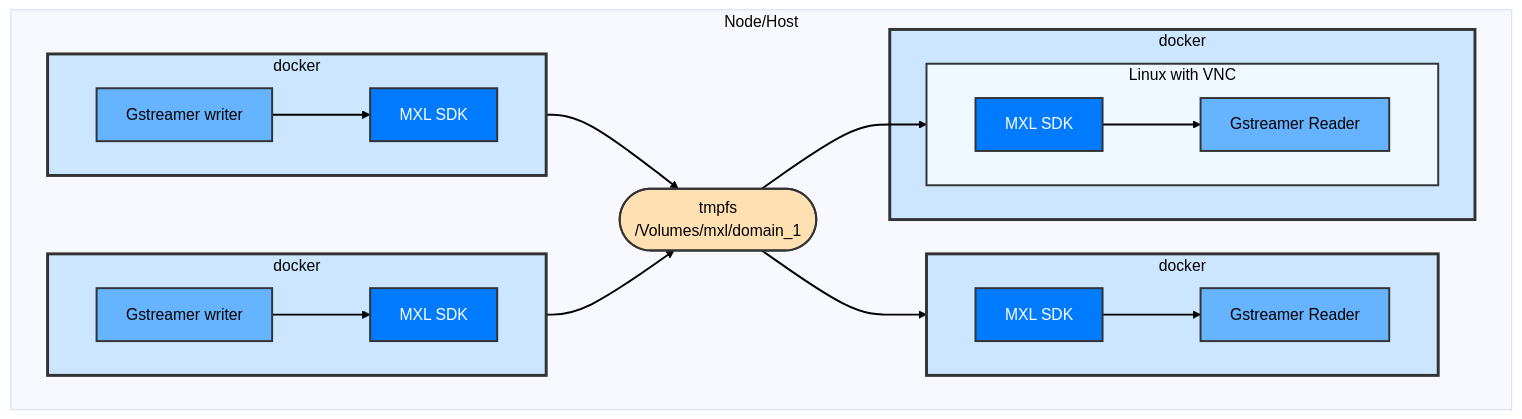
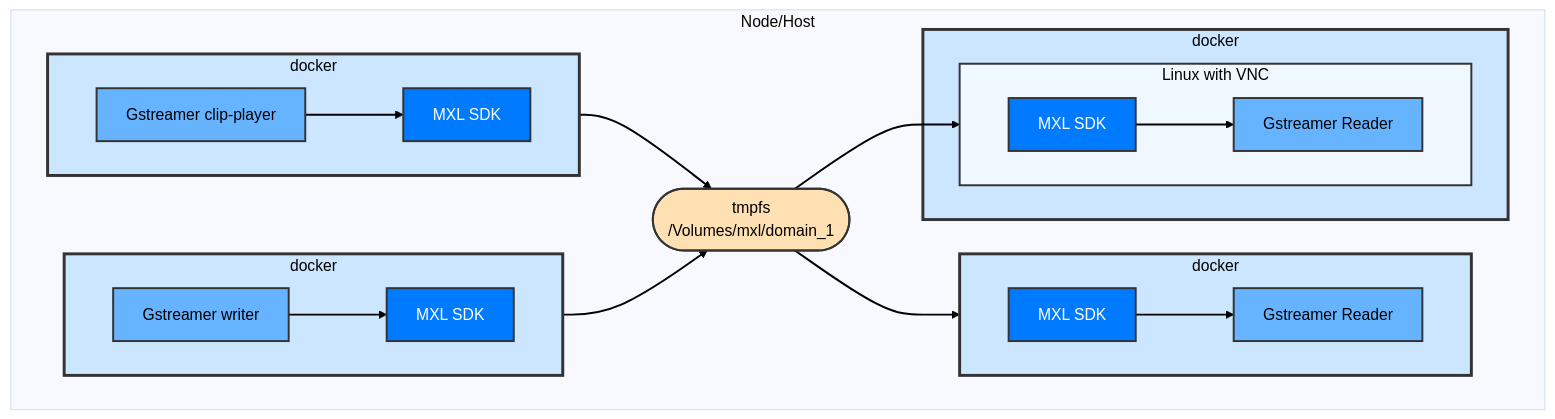
The diagram in Exercises/Exercise3.md (cbcrc/mxl-hands-on), drawn with Mermaid (base theme) before and after one commit. The commit also changed other lines of this file, not shown here.

First line of the commit message:
update Exercise 3 description to include infromation about the clip-player

````diff
--- a/Exercises/Exercise3.md
+++ b/Exercises/Exercise3.md
@@ -7,59 +11,59 @@
 ```mermaid
    graph
       direction LR
          subgraph Node/Host
             subgraph docker_writer_1 [docker]
                   direction LR
                   gstreamer_writer_1[Gstreamer writer]
                   mxl_sdk_writer_1[MXL SDK]
                   gstreamer_writer_1 --> mxl_sdk_writer_1
             end
              
              subgraph docker_writer_2 [docker]
                   direction LR
-                  gstreamer_writer_2[Gstreamer writer]
+                  gstreamer_writer_2[Gstreamer clip-player]
                   mxl_sdk_writer_2[MXL SDK]
                   gstreamer_writer_2 --> mxl_sdk_writer_2
             end
 
             subgraph docker_reader_1 [docker]
                   direction LR
                   gstreamer_reader_1[Gstreamer Reader]
                   mxl_sdk_reader_1[MXL SDK]
                   mxl_sdk_reader_1 --> gstreamer_reader_1
             end
 
             subgraph docker_reader_2 [docker]
                subgraph Linux_VNC [Linux with VNC]
                   direction LR
                   gstreamer_reader_2[Gstreamer Reader]
                   mxl_sdk_reader_2[MXL SDK]
                   mxl_sdk_reader_2 --> gstreamer_reader_2
                end           
             end
 
             tmpfs([tmpfs<br>/Volumes/mxl/domain_1])
 
             mxl_sdk_writer_1 --> tmpfs
             mxl_sdk_writer_2 --> tmpfs
             tmpfs --> mxl_sdk_reader_1
             tmpfs --> mxl_sdk_reader_2
          end
 
          %% Styling
          linkStyle default stroke:black,stroke-width:2px
          style docker_writer_1 fill:#cce6ff,color:black,stroke:#333,stroke-width:3px
          style docker_writer_2 fill:#cce6ff,color:black,stroke:#333,stroke-width:3px
          style docker_reader_1 fill:#cce6ff,color:black,stroke:#333,stroke-width:3px
          style docker_reader_2 fill:#cce6ff,color:black,stroke:#333,stroke-width:3px
          style gstreamer_writer_1 fill:#66b3ff,color:black,stroke:#333,stroke-width:2px
          style gstreamer_writer_2 fill:#66b3ff,color:black,stroke:#333,stroke-width:2px
          style gstreamer_reader_1 fill:#66b3ff,color:black,stroke:#333,stroke-width:2px
          style gstreamer_reader_2 fill:#66b3ff,color:black,stroke:#333,stroke-width:2px
          style mxl_sdk_writer_1 fill:#007bff,color:white,stroke:#333,stroke-width:2px
          style mxl_sdk_writer_2 fill:#007bff,color:white,stroke:#333,stroke-width:2px
          style mxl_sdk_reader_1 fill:#007bff,color:white,stroke:#333,stroke-width:2px
          style mxl_sdk_reader_2 fill:#007bff,color:white,stroke:#333,stroke-width:2px
          style Linux_VNC fill:#f0f8ff,stroke:#333,stroke-width:2px,color:black
          style tmpfs fill:#ffe0b3,color:black,stroke:#333,stroke-width:2px
 ```
````
